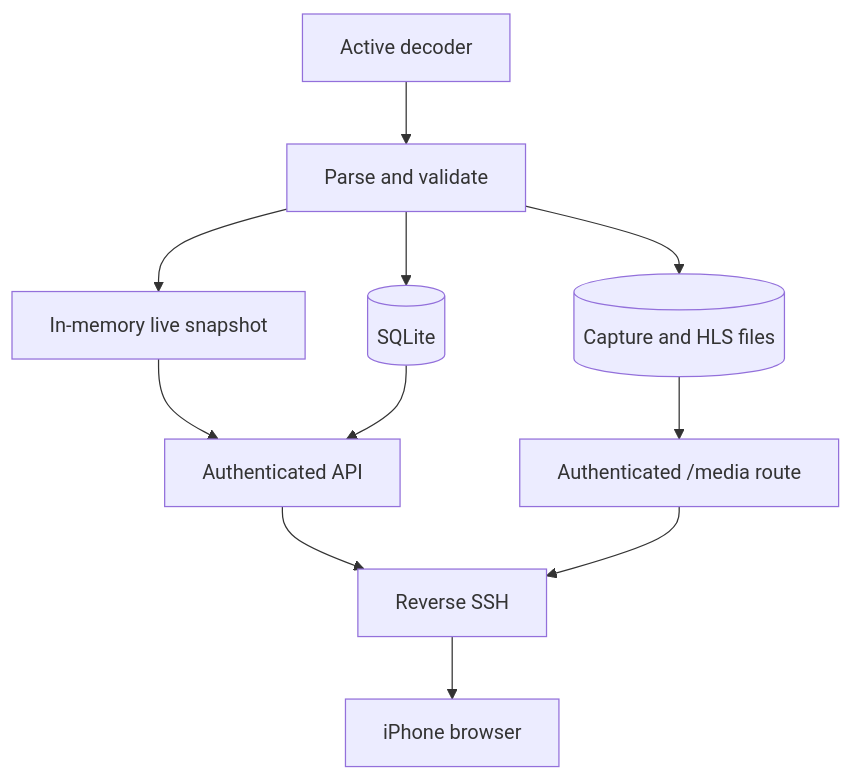
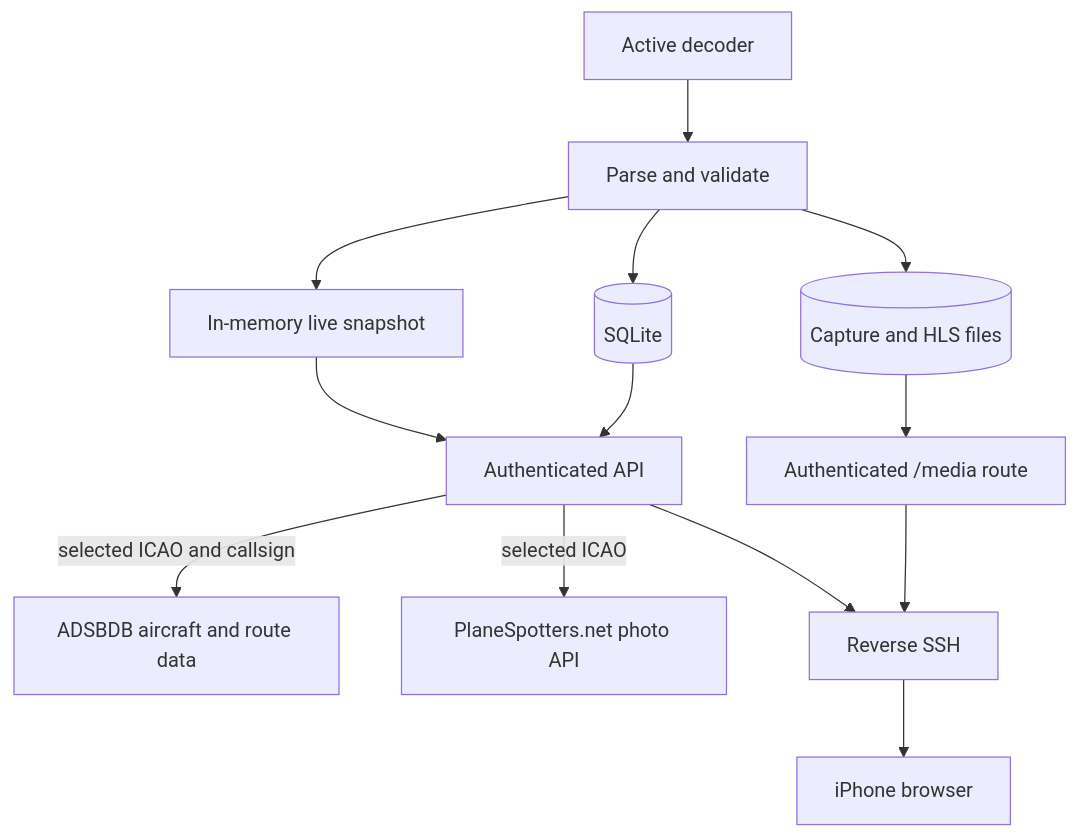
The first of 3 diagrams in wiki/skyglow/data-api.md (ramideltoro/skyglow), drawn with Mermaid before and after one commit. The commit also changed other lines of this file and 8 other files, not shown here.

````diff
--- a/wiki/skyglow/data-api.md
+++ b/wiki/skyglow/data-api.md
@@ -7,13 +7,15 @@
 ```mermaid
 flowchart TD
     Receiver[Active decoder] --> Validate[Parse and validate]
     Validate --> Snapshot[In-memory live snapshot]
     Validate --> SQLite[(SQLite)]
     Validate --> Media[(Capture and HLS files)]
     Snapshot --> API[Authenticated API]
     SQLite --> API
     Media --> MediaRoute[Authenticated /media route]
+    API -->|selected ICAO and callsign| ADSBDB[ADSBDB aircraft and route data]
+    API -->|selected ICAO| Photos[PlaneSpotters.net photo API]
     API --> Tunnel[Reverse SSH]
     MediaRoute --> Tunnel
     Tunnel --> Browser[iPhone browser]
 ```
````
